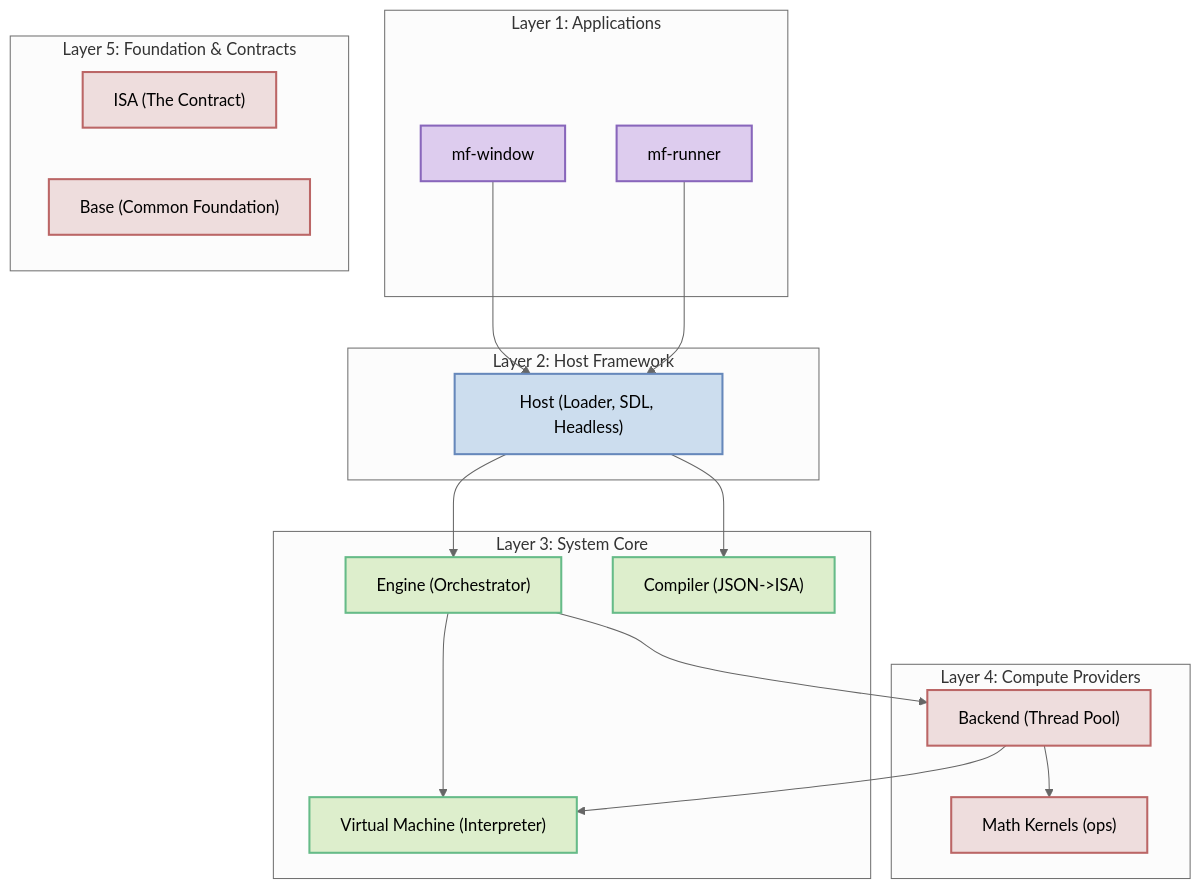
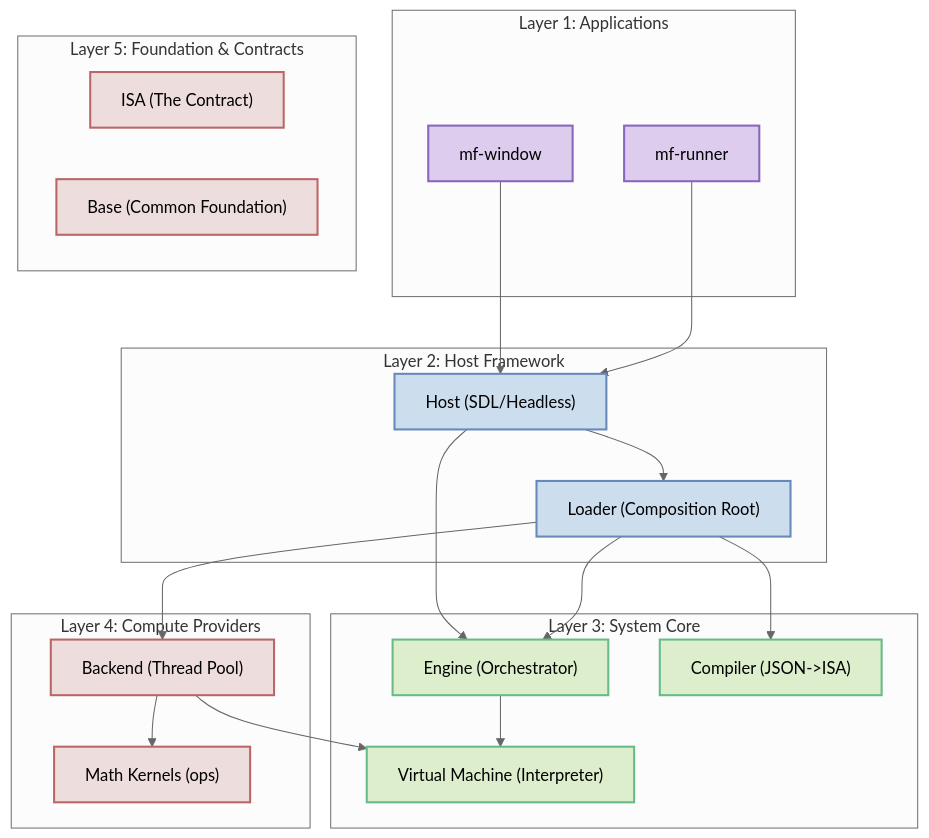
Before and after one commit to BinaryCat17/MathFlow: the second of 2 diagrams in docs/architecture.md, drawn with Mermaid (neutral theme). The commit also changed other lines of this file, not shown here.

Commit message:
Docs: Update Architecture Diagram and Module Descriptions.
- Added Loader module (Composition Root) to diagram and text.
- Removed Engine->Backend dependency arrow (now injected).
- Updated Host module description (Asset Loader moved out).

````diff
--- a/docs/architecture.md
+++ b/docs/architecture.md
@@ -96,53 +96,57 @@
 ```mermaid
 graph TD
     %% Styles
     classDef layerApp fill:#dce,stroke:#86b,stroke-width:2px;
     classDef layerHost fill:#cde,stroke:#68b,stroke-width:2px;
     classDef layerCore fill:#dec,stroke:#6b8,stroke-width:2px;
     classDef layerBase fill:#edd,stroke:#b66,stroke-width:2px;
 
     %% Layer 1: Apps (Executables)
     subgraph L1 ["Layer 1: Applications"]
         App_GUI["mf-window"]:::layerApp
         App_CLI["mf-runner"]:::layerApp
     end
 
     %% Layer 2: Host (Integration Library)
     subgraph L2 ["Layer 2: Host Framework"]
-        Host["Host (Loader, SDL, Headless)"]:::layerHost
+        Host["Host (SDL/Headless)"]:::layerHost
+        Loader["Loader (Composition Root)"]:::layerHost
     end
 
     %% Layer 3: Core (Logic)
     subgraph L3 ["Layer 3: System Core"]
         Engine["Engine (Orchestrator)"]:::layerCore
         Compiler["Compiler (JSON->ISA)"]:::layerCore
         VM["Virtual Machine (Interpreter)"]:::layerCore
     end
 
     %% Layer 4: Compute (Execution)
     subgraph L4 ["Layer 4: Compute Providers"]
         Backend["Backend (Thread Pool)"]:::layerBase
         Ops["Math Kernels (ops)"]:::layerBase
     end
 
     %% Layer 5: Contracts
     subgraph L5 ["Layer 5: Foundation & Contracts"]
         ISA["ISA (The Contract)"]:::layerBase
         Base["Base (Common Foundation)"]:::layerBase
     end
 
     %% Dependencies (Build Time)
     App_GUI --> Host
     App_CLI --> Host
     
+    Host --> Loader
     Host --> Engine
-    Host --> Compiler
+    
+    Loader --> Compiler
+    Loader --> Backend
+    Loader --> Engine
     
     Engine --> VM
-    Engine --> Backend
     
     Backend --> VM
     Backend --> Ops
     
     %% Layer 5 (ISA & Base) is the implicit foundation for all modules above.
 ```
````
